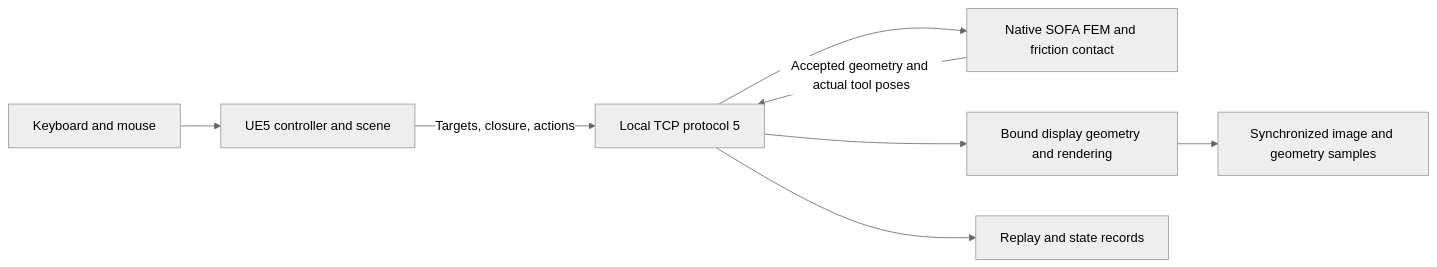
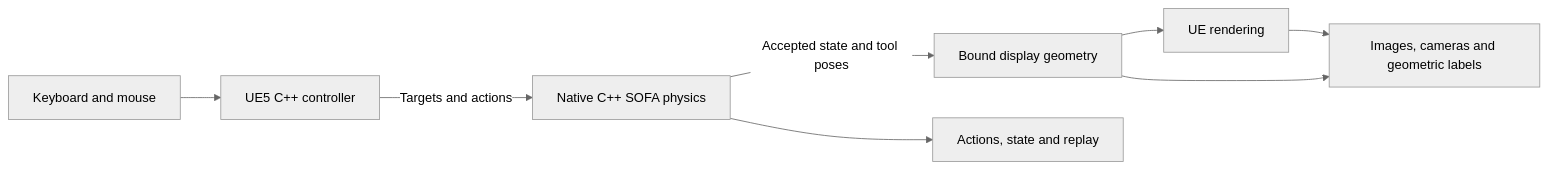
One commit to avalon-lune/EndoForge changed the diagram in README.md. Above: the diagram before and after it, drawn with Mermaid (neutral theme). The commit also changed other lines of this file and 338 other files, not shown here.

````diff
--- a/README.md
+++ b/README.md
@@ -88,10 +91,10 @@
 ```mermaid
 flowchart LR
-    Input[Keyboard and mouse] --> UE[UE5 controller and scene]
-    UE -->|Targets, closure, actions| TCP[Local TCP protocol 5]
-    TCP --> SOFA[Native SOFA FEM and friction contact]
-    SOFA -->|Accepted geometry and actual tool poses| TCP
-    TCP --> Render[Bound display geometry and rendering]
-    TCP --> Record[Replay and state records]
-    Render --> Export[Synchronized image and geometry samples]
+    Input[Keyboard and mouse] --> UE[UE5 C++ controller]
+    UE -->|Targets and actions| SOFA[Native C++ SOFA physics]
+    SOFA -->|Accepted state and tool poses| Surface[Bound display geometry]
+    Surface --> Render[UE rendering]
+    SOFA --> Record[Actions, state and replay]
+    Render --> Export[Images, cameras and geometric labels]
+    Surface --> Export
 ```
````
